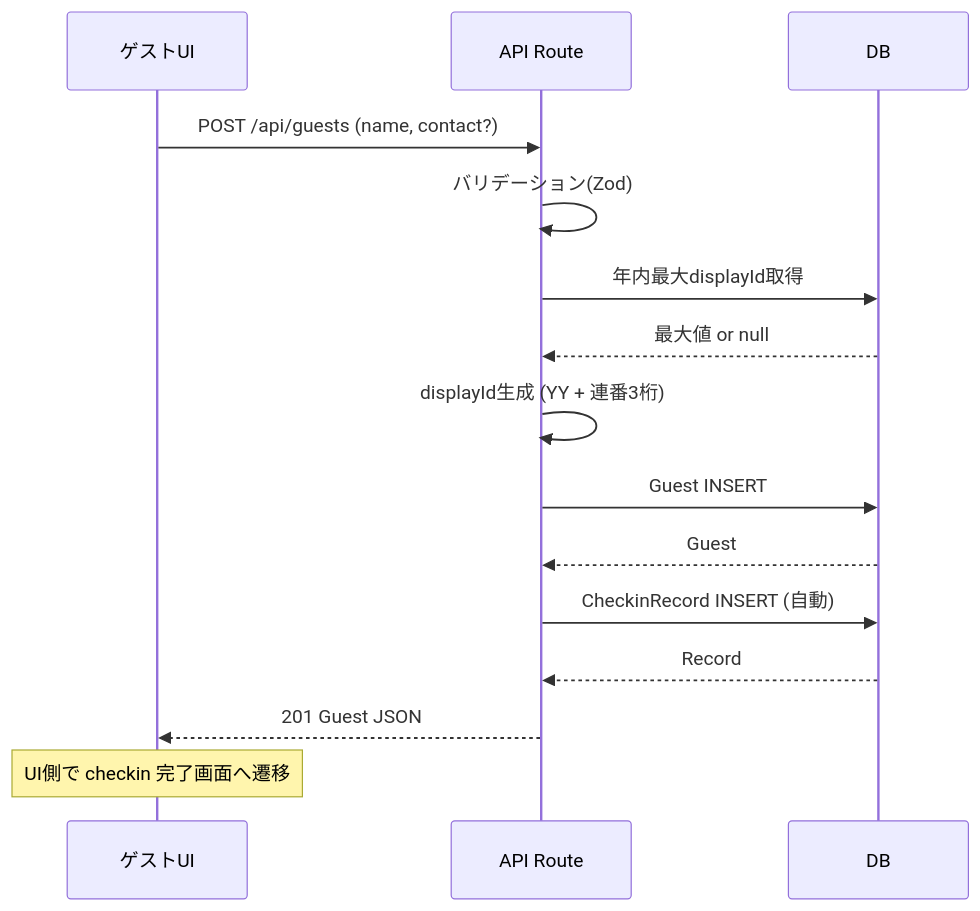
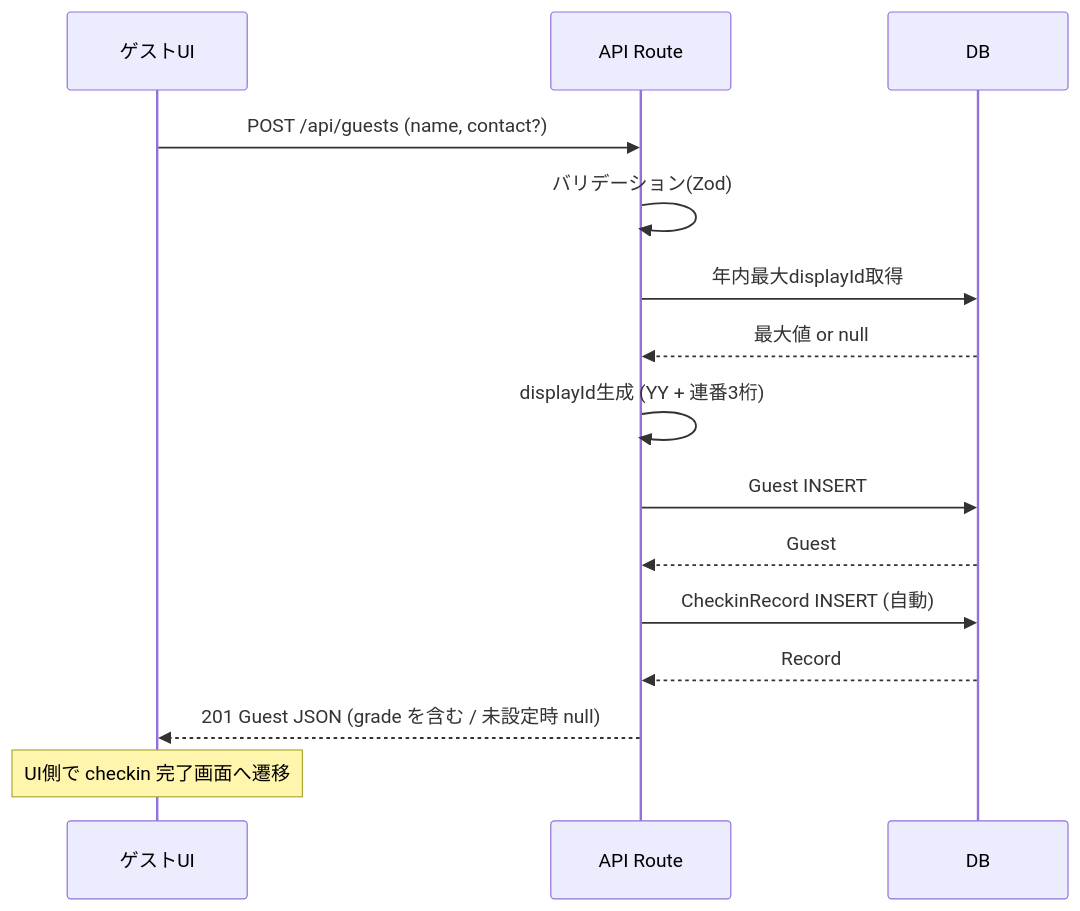
The second of 4 diagrams in docs/ARCHITECTURE.md (SetozakiLab/tecnova-checkin-system), drawn with Mermaid before and after one commit. The commit also changed other lines of this file and 5 other files, not shown here.

````diff
--- a/docs/ARCHITECTURE.md
+++ b/docs/ARCHITECTURE.md
@@ -91,18 +91,18 @@
 ```mermaid
 sequenceDiagram
     participant G as ゲストUI
     participant API as API Route
     participant DB as DB
 
     G->>API: POST /api/guests (name, contact?)
     API->>API: バリデーション(Zod)
     API->>DB: 年内最大displayId取得
     DB-->>API: 最大値 or null
     API->>API: displayId生成 (YY + 連番3桁)
     API->>DB: Guest INSERT
     DB-->>API: Guest
     API->>DB: CheckinRecord INSERT (自動)
     DB-->>API: Record
-    API-->>G: 201 Guest JSON
+    API-->>G: 201 Guest JSON (grade を含む / 未設定時 null)
     Note over G: UI側で checkin 完了画面へ遷移
 ```
````
